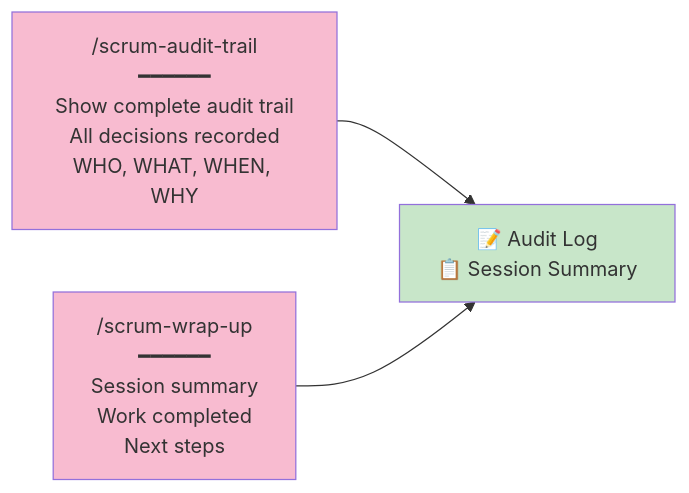
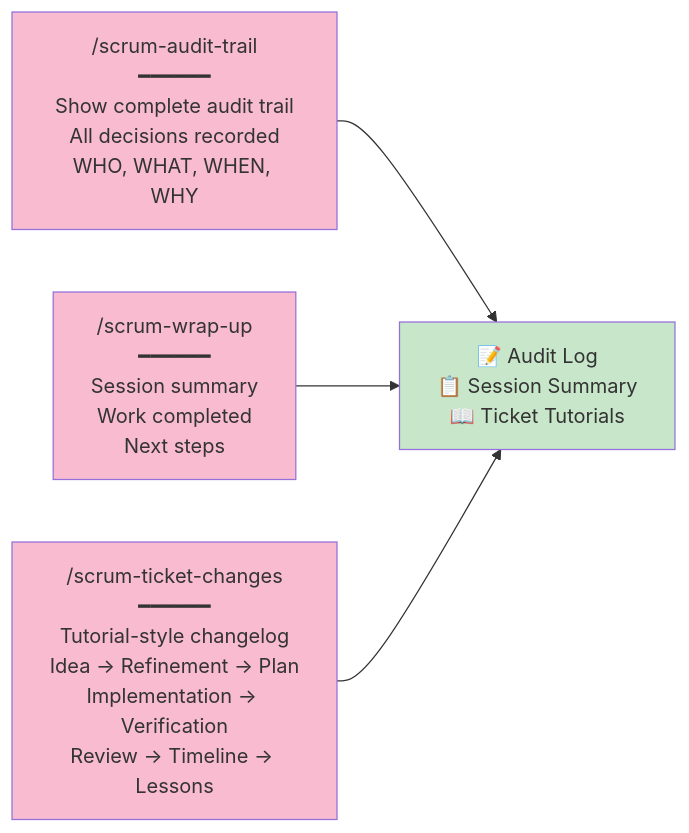
One commit to samibel/scrum_workflow changed the fifth of 7 diagrams in src/docs/ALL-COMMANDS.md. Above: the diagram before and after it, drawn with Mermaid. The commit also changed other lines of this file, not shown here.

First line of the commit message:
docs: list /scrum-ticket-changes in ALL-COMMANDS overview

````diff
--- a/src/docs/ALL-COMMANDS.md
+++ b/src/docs/ALL-COMMANDS.md
@@ -108,15 +108,19 @@
 ```mermaid
 graph LR
     A["/scrum-audit-trail<br/>━━━━━━<br/>Show complete audit trail<br/>All decisions recorded<br/>WHO, WHAT, WHEN, WHY"]
     
     B["/scrum-wrap-up<br/>━━━━━━<br/>Session summary<br/>Work completed<br/>Next steps"]
     
-    Output["📝 Audit Log<br/>📋 Session Summary"]
+    C["/scrum-ticket-changes<br/>━━━━━━<br/>Tutorial-style changelog<br/>Idea → Refinement → Plan<br/>Implementation → Verification<br/>Review → Timeline → Lessons"]
+    
+    Output["📝 Audit Log<br/>📋 Session Summary<br/>📖 Ticket Tutorials"]
     
     A --> Output
     B --> Output
+    C --> Output
     
     style A fill:#f8bbd0
     style B fill:#f8bbd0
+    style C fill:#f8bbd0
     style Output fill:#c8e6c9
 ```
````
